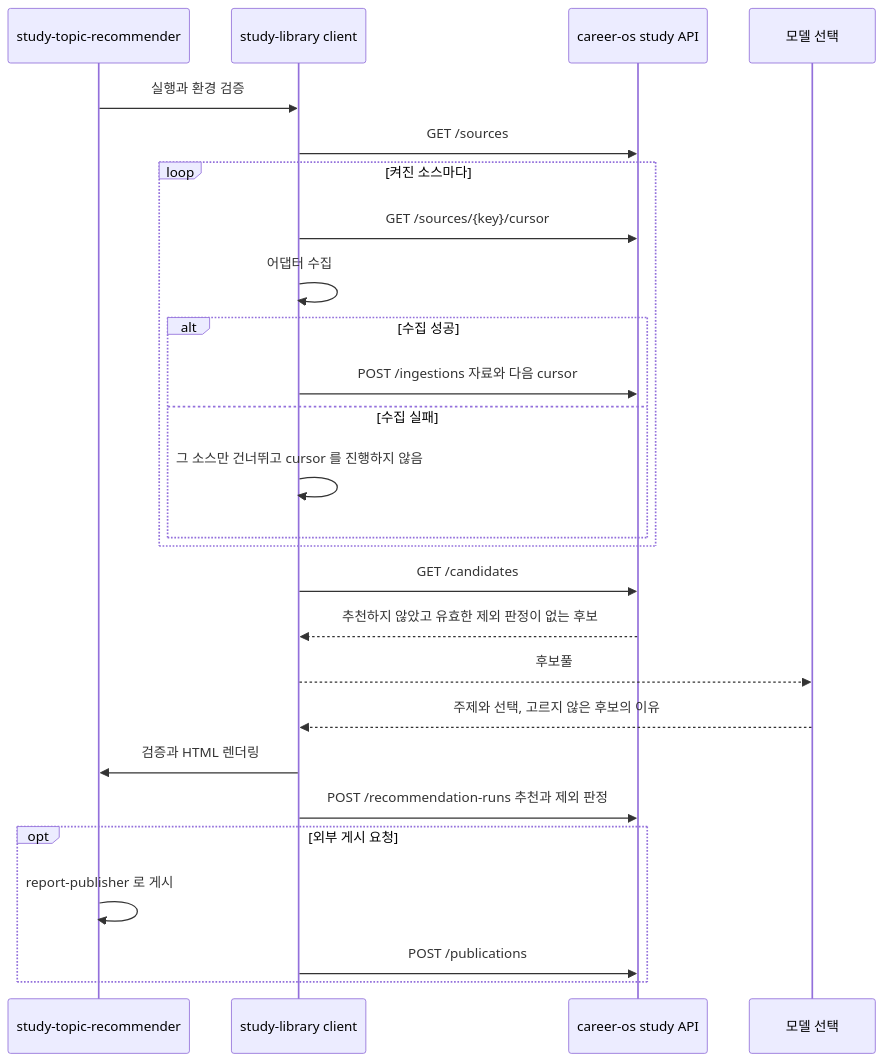
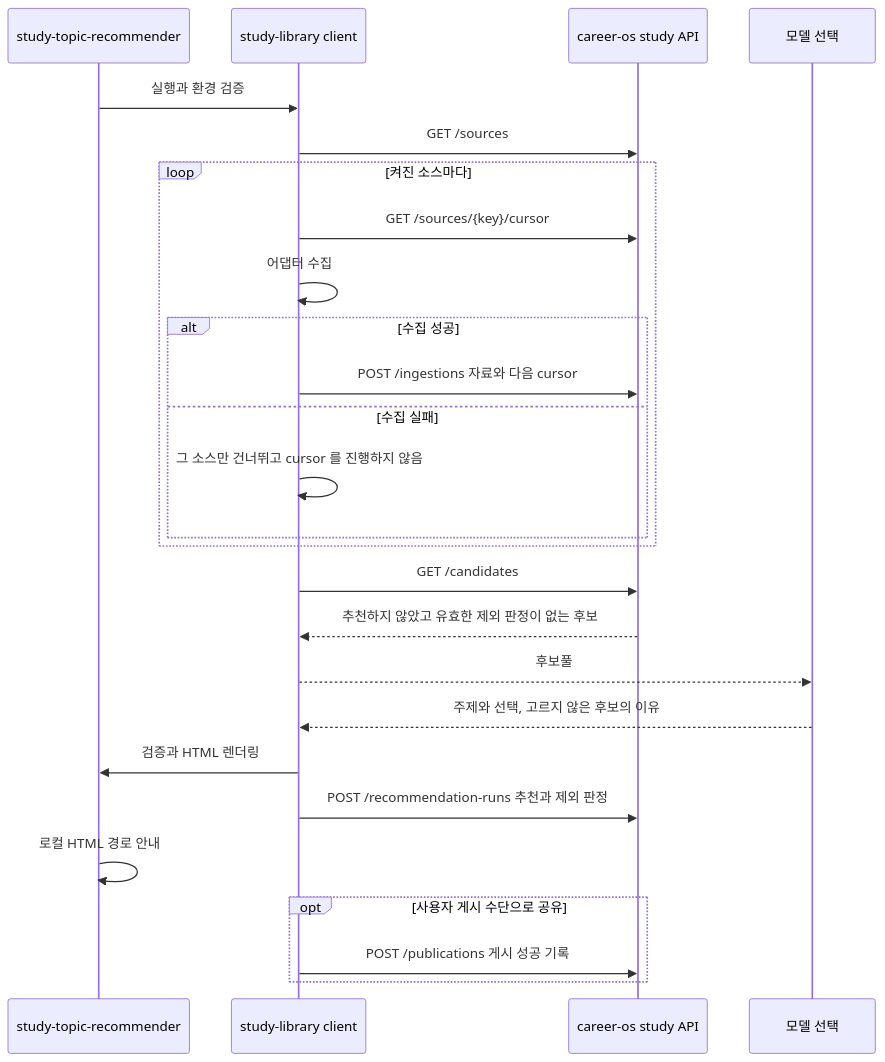
Before and after one commit to jon890/fos-agents: the sixth of 10 diagrams in career-os/docs/flow.md, drawn with Mermaid. The commit also changed other lines of this file and 10 other files, not shown here.

````diff
--- a/career-os/docs/flow.md
+++ b/career-os/docs/flow.md
@@ -598,28 +590,28 @@
 ```mermaid
 sequenceDiagram
     participant Skill as study-topic-recommender
     participant Client as study-library client
     participant API as career-os study API
     participant Model as 모델 선택
     Skill->>Client: 실행과 환경 검증
     Client->>API: GET /sources
     loop 켜진 소스마다
         Client->>API: GET /sources/{key}/cursor
         Client->>Client: 어댑터 수집
         alt 수집 성공
             Client->>API: POST /ingestions 자료와 다음 cursor
         else 수집 실패
             Client->>Client: 그 소스만 건너뛰고 cursor 를 진행하지 않음
         end
     end
     Client->>API: GET /candidates
     API-->>Client: 추천하지 않았고 유효한 제외 판정이 없는 후보
     Client-->>Model: 후보풀
     Model-->>Client: 주제와 선택, 고르지 않은 후보의 이유
     Client->>Skill: 검증과 HTML 렌더링
     Client->>API: POST /recommendation-runs 추천과 제외 판정
-    opt 외부 게시 요청
-        Skill->>Skill: report-publisher 로 게시
-        Client->>API: POST /publications
+    Skill->>Skill: 로컬 HTML 경로 안내
+    opt 사용자 게시 수단으로 공유
+        Client->>API: POST /publications 게시 성공 기록
     end
 ```
````
